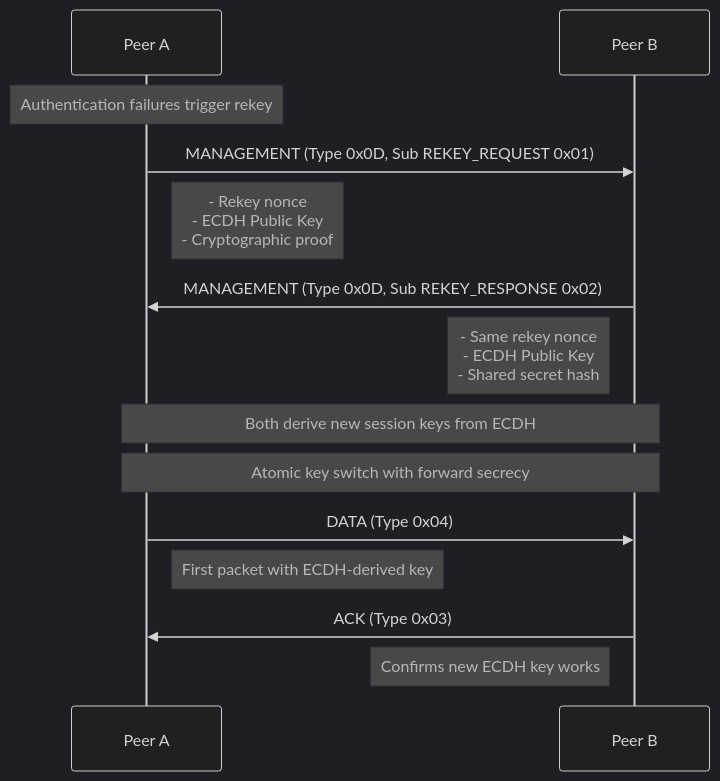
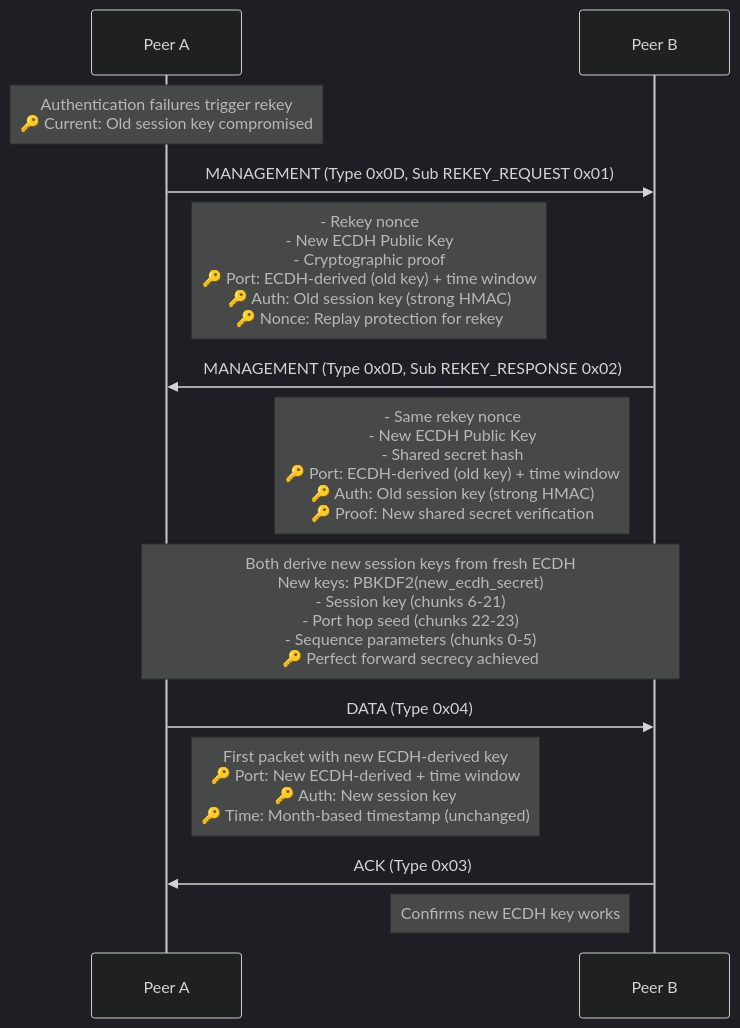
Diagram 12 of 44 in design/protocol/14-sequence-diagrams.md (aidanmorgan/buckwild), drawn with Mermaid (dark theme) before and after one commit. The commit also changed other lines of this file and 9 other files, not shown here.

````diff
--- a/design/protocol/14-sequence-diagrams.md
+++ b/design/protocol/14-sequence-diagrams.md
@@ -277,22 +276,21 @@
 ```mermaid
 sequenceDiagram
     participant Peer A
     participant Peer B
     
-    Note over Peer A: Authentication failures trigger rekey
+    Note over Peer A: Authentication failures trigger rekey<br/>🔑 Current: Old session key compromised
     
     Peer A->>Peer B: MANAGEMENT (Type 0x0D, Sub REKEY_REQUEST 0x01)
-    Note right of Peer A: - Rekey nonce<br/>- ECDH Public Key<br/>- Cryptographic proof
+    Note right of Peer A: - Rekey nonce<br/>- New ECDH Public Key<br/>- Cryptographic proof<br/>🔑 Port: ECDH-derived (old key) + time window<br/>🔑 Auth: Old session key (strong HMAC)<br/>🔑 Nonce: Replay protection for rekey
     
     Peer B->>Peer A: MANAGEMENT (Type 0x0D, Sub REKEY_RESPONSE 0x02)
-    Note left of Peer B: - Same rekey nonce<br/>- ECDH Public Key<br/>- Shared secret hash
+    Note left of Peer B: - Same rekey nonce<br/>- New ECDH Public Key<br/>- Shared secret hash<br/>🔑 Port: ECDH-derived (old key) + time window<br/>🔑 Auth: Old session key (strong HMAC)<br/>🔑 Proof: New shared secret verification
     
-    Note over Peer A,Peer B: Both derive new session keys from ECDH
-    Note over Peer A,Peer B: Atomic key switch with forward secrecy
+    Note over Peer A,Peer B: Both derive new session keys from fresh ECDH<br/>New keys: PBKDF2(new_ecdh_secret)<br/>- Session key (chunks 6-21)<br/>- Port hop seed (chunks 22-23)<br/>- Sequence parameters (chunks 0-5)<br/>🔑 Perfect forward secrecy achieved
     
     Peer A->>Peer B: DATA (Type 0x04)
-    Note right of Peer A: First packet with ECDH-derived key
+    Note right of Peer A: First packet with new ECDH-derived key<br/>🔑 Port: New ECDH-derived + time window<br/>🔑 Auth: New session key<br/>🔑 Time: Month-based timestamp (unchanged)
     
     Peer B->>Peer A: ACK (Type 0x03)
     Note left of Peer B: Confirms new ECDH key works
 ```
````
